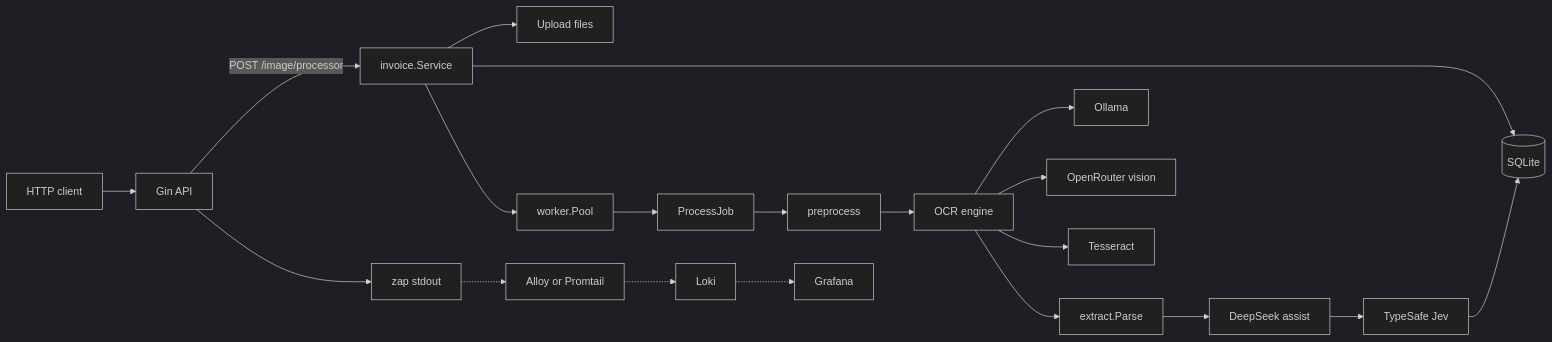
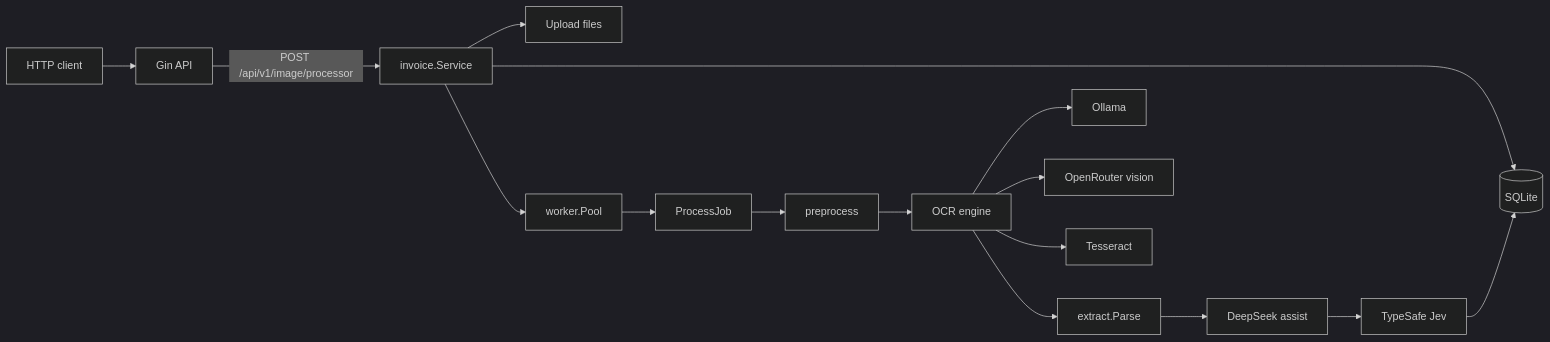
One commit to koller-nexus/invoice-ocr-poc changed the diagram in README.md. Above: the diagram before and after it, drawn with Mermaid (dark theme). The commit also changed other lines of this file, not shown here.

````diff
--- a/README.md
+++ b/README.md
@@ -13,22 +11,18 @@
 ```mermaid
 flowchart LR
   client[HTTP client] --> gin[Gin API]
-  gin -->|"POST /image/processor"| svc[invoice.Service]
+  gin -->|"POST /api/v1/image/processor"| svc[invoice.Service]
   svc --> disk[Upload files]
   svc --> db[(SQLite)]
   svc --> pool[worker.Pool]
   pool --> job[ProcessJob]
   job --> prep[preprocess]
   prep --> ocr[OCR engine]
   ocr --> ollama[Ollama]
   ocr --> orVision[OpenRouter vision]
   ocr --> tess[Tesseract]
   ocr --> parse[extract.Parse]
   parse --> assist[DeepSeek assist]
   assist --> jev[TypeSafe Jev]
   jev --> db
-  gin --> zap[zap stdout]
-  zap -.-> alloy[Alloy or Promtail]
-  alloy -.-> loki[Loki]
-  loki -.-> grafana[Grafana]
 ```
````
